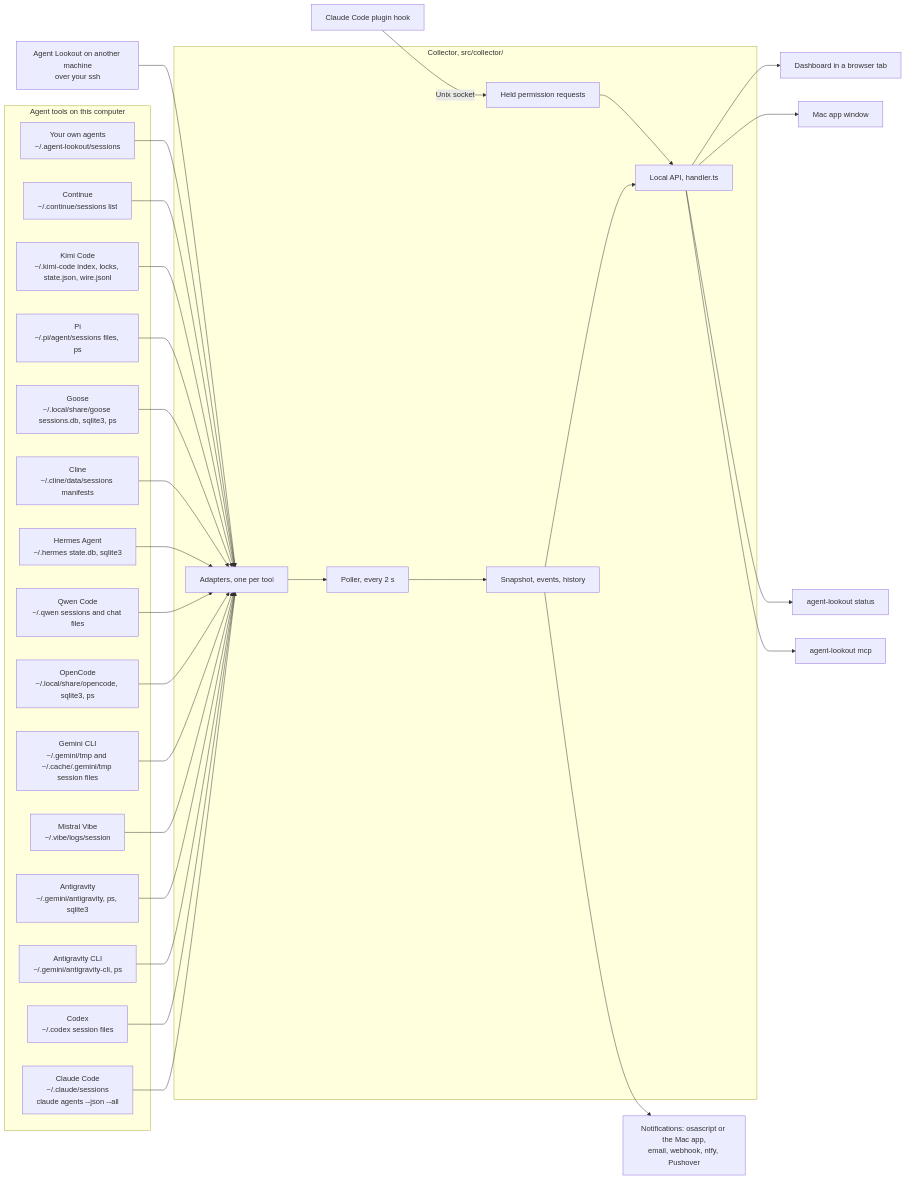
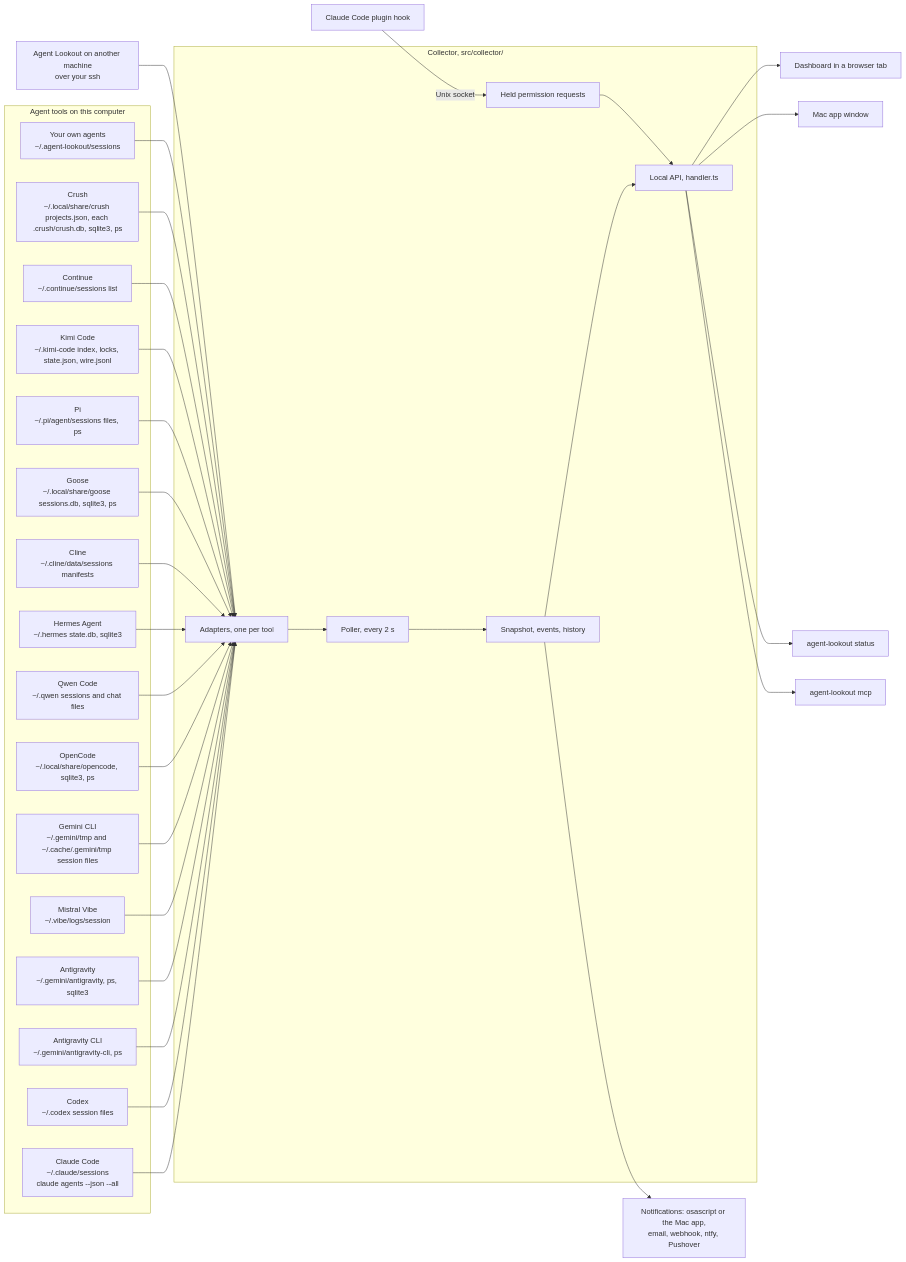
Before and after one commit to Olanetsoft/agent-lookout: the first of 4 diagrams in docs/TOUR.md, drawn with Mermaid. The commit also changed other lines of this file and 67 other files, not shown here.

````diff
--- a/docs/TOUR.md
+++ b/docs/TOUR.md
@@ -29,53 +29,55 @@
 ```mermaid
 flowchart LR
   subgraph tools["Agent tools on this computer"]
     cc["Claude Code<br/>~/.claude/sessions<br/>claude agents --json --all"]
     cx["Codex<br/>~/.codex session files"]
     ag["Antigravity CLI<br/>~/.gemini/antigravity-cli, ps"]
     aa["Antigravity<br/>~/.gemini/antigravity, ps, sqlite3"]
     mv["Mistral Vibe<br/>~/.vibe/logs/session"]
     gc["Gemini CLI<br/>~/.gemini/tmp and ~/.cache/.gemini/tmp session files"]
     oc["OpenCode<br/>~/.local/share/opencode, sqlite3, ps"]
     qw["Qwen Code<br/>~/.qwen sessions and chat files"]
     ha["Hermes Agent<br/>~/.hermes state.db, sqlite3"]
     cl["Cline<br/>~/.cline/data/sessions manifests"]
     gs["Goose<br/>~/.local/share/goose sessions.db, sqlite3, ps"]
     pi["Pi<br/>~/.pi/agent/sessions files, ps"]
     kc["Kimi Code<br/>~/.kimi-code index, locks, state.json, wire.jsonl"]
     cn["Continue<br/>~/.continue/sessions list"]
+    cr["Crush<br/>~/.local/share/crush projects.json, each .crush/crush.db, sqlite3, ps"]
     sf["Your own agents<br/>~/.agent-lookout/sessions"]
   end
   remote["Agent Lookout on another machine<br/>over your ssh"]
   plugin["Claude Code plugin hook"]
   subgraph collector["Collector, src/collector/"]
     adapters["Adapters, one per tool"]
     poller["Poller, every 2 s"]
     snap["Snapshot, events, history"]
     api["Local API, handler.ts"]
     held["Held permission requests"]
   end
   cc --> adapters
   cx --> adapters
   ag --> adapters
   aa --> adapters
   mv --> adapters
   gc --> adapters
   oc --> adapters
   qw --> adapters
   ha --> adapters
   cl --> adapters
   gs --> adapters
   pi --> adapters
   kc --> adapters
   cn --> adapters
+  cr --> adapters
   sf --> adapters
   remote --> adapters
   plugin -->|"Unix socket"| held
   adapters --> poller --> snap --> api
   held --> api
   api --> page["Dashboard in a browser tab"]
   api --> mac["Mac app window"]
   api --> status["agent-lookout status"]
   api --> mcp["agent-lookout mcp"]
   snap --> channels["Notifications: osascript or the Mac app,<br/>email, webhook, ntfy, Pushover"]
 ```
````
